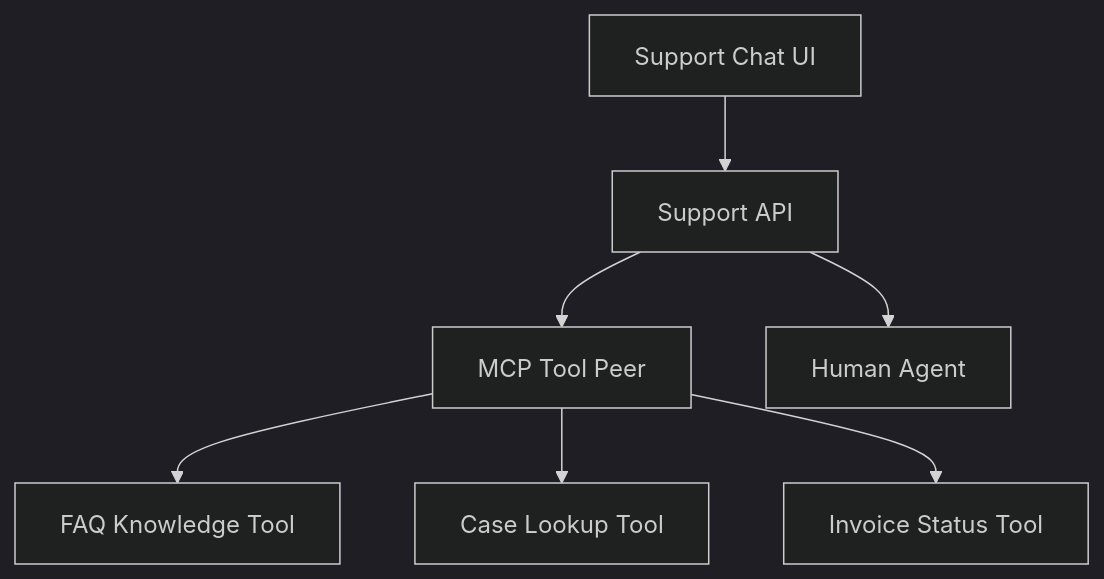
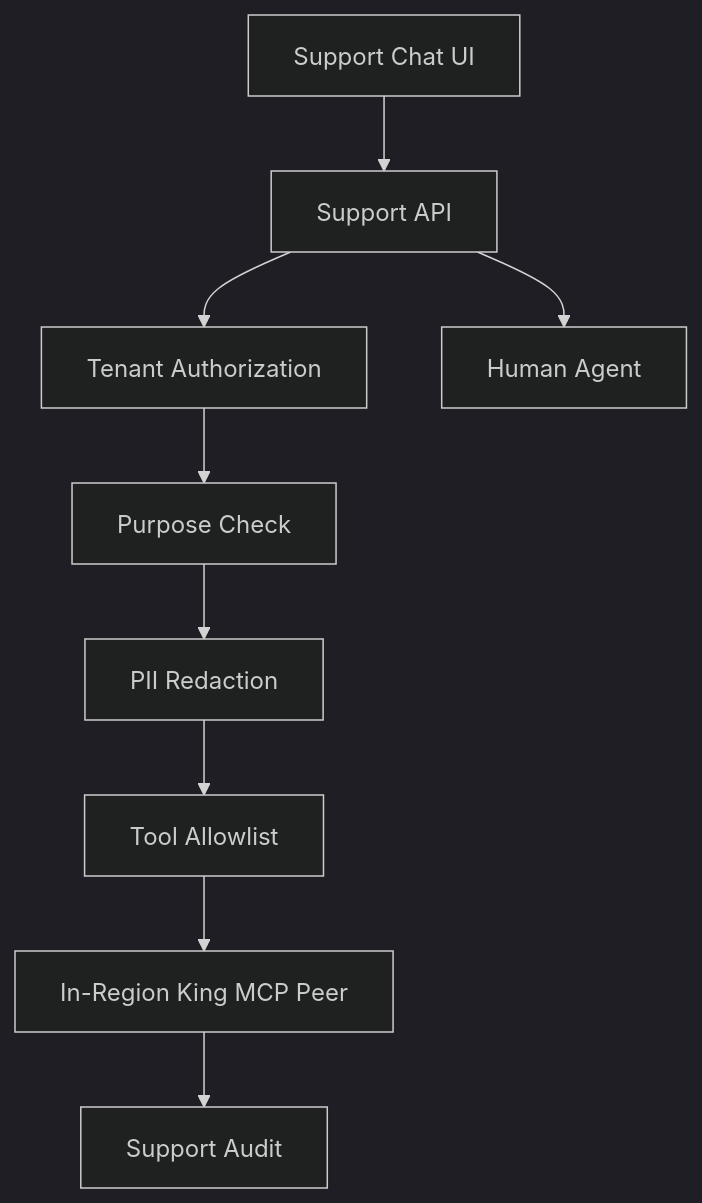
The tenth of 12 diagrams in docs/e-invoicing-commerce-platform.md (Intelligent-Intern/king), drawn with Mermaid (dark theme) before and after one commit. The commit also changed other lines of this file and 67 other files, not shown here.

````diff
--- a/docs/e-invoicing-commerce-platform.md
+++ b/docs/e-invoicing-commerce-platform.md
@@ -415,17 +531,16 @@
 ```mermaid
 flowchart TB
     Chat[Support Chat UI]
-    SupportAPI[Support API]
-    MCP[MCP Tool Peer]
-    FAQ[FAQ Knowledge Tool]
-    Cases[Case Lookup Tool]
-    Invoice[Invoice Status Tool]
+    API[Support API]
+    Authz[Tenant Authorization]
+    Purpose[Purpose Check]
+    Redact[PII Redaction]
+    Policy[Tool Allowlist]
+    MCP[In-Region King MCP Peer]
+    Audit[Support Audit]
     Human[Human Agent]
 
-    Chat --> SupportAPI
-    SupportAPI --> MCP
-    MCP --> FAQ
-    MCP --> Cases
-    MCP --> Invoice
-    SupportAPI --> Human
+    Chat --> API --> Authz --> Purpose --> Redact --> Policy --> MCP
+    MCP --> Audit
+    API --> Human
 ```
````
